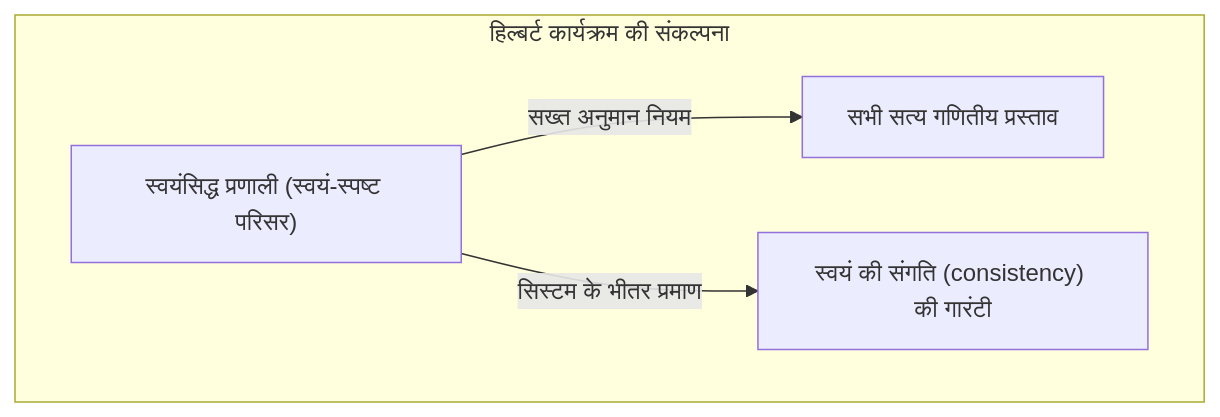
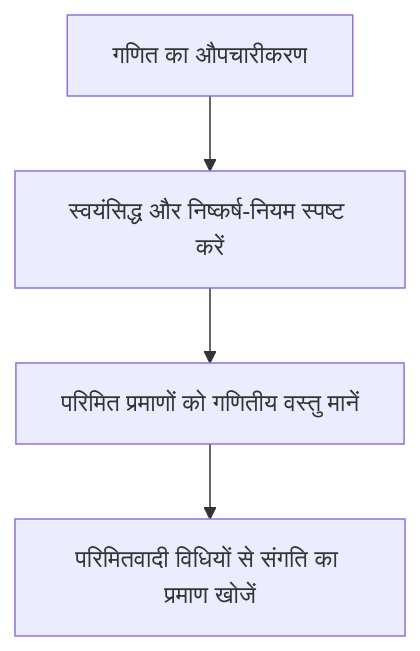
Before and after one commit to kenjinote/blog: the first of 4 diagrams in content/post/godels-incompleteness-theorems/index.hi.md, drawn with Mermaid. The commit also changed other lines of this file and 11 other files, not shown here.

````diff
--- a/content/post/godels-incompleteness-theorems/index.hi.md
+++ b/content/post/godels-incompleteness-theorems/index.hi.md
@@ -33,7 +35,6 @@
 ```mermaid
-graph TD
-    subgraph "हिल्बर्ट कार्यक्रम की संकल्पना"
-        A["स्वयंसिद्ध प्रणाली (स्वयं-स्पष्ट परिसर)"] -->|"सख्त अनुमान नियम"| B["सभी सत्य गणितीय प्रस्ताव"]
-        A -->|"सिस्टम के भीतर प्रमाण"| C["स्वयं की संगति (consistency) की गारंटी"]
-    end
+flowchart TD
+    Math["गणित का औपचारीकरण"] --> Theory["स्वयंसिद्ध और निष्कर्ष-नियम स्पष्ट करें"]
+    Theory --> Proof["परिमित प्रमाणों को गणितीय वस्तु मानें"]
+    Proof --> Goal["परिमितवादी विधियों से संगति का प्रमाण खोजें"]
 ```
````
